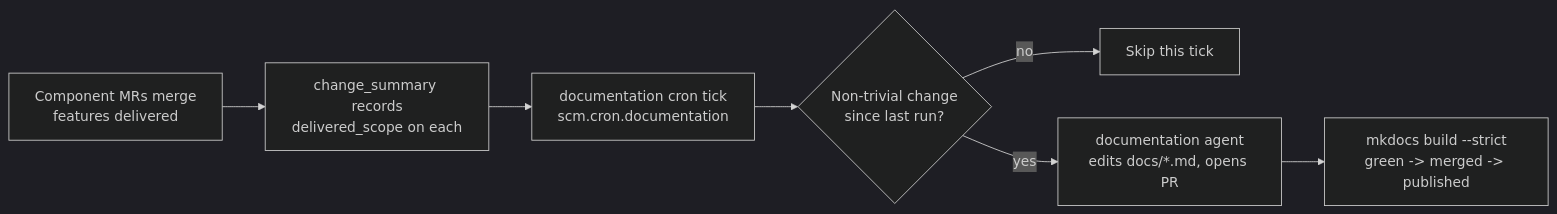
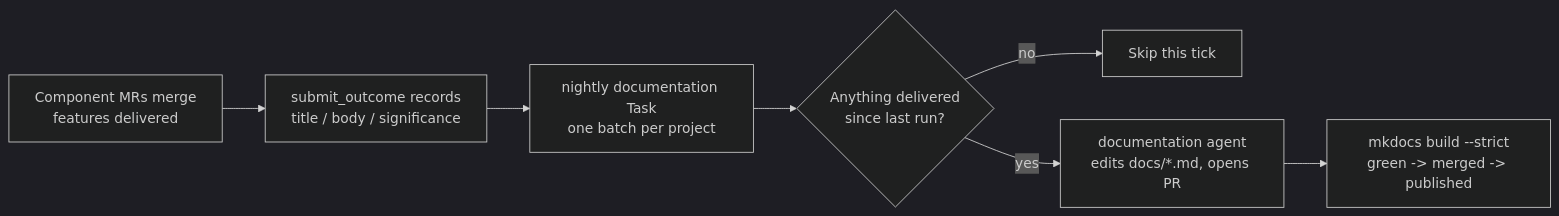
The second of 2 diagrams in docs/concepts/self-improvement.md (szymonrychu/tatara-documentation), drawn with Mermaid (dark theme) before and after one commit. The commit also changed other lines of this file and 63 other files, not shown here.

First line of the commit message:
feat!: document the task-centric architecture (Issue/MergeRequest CRs, stage machine, operator merge) (#19)

````diff
--- a/docs/concepts/self-improvement.md
+++ b/docs/concepts/self-improvement.md
@@ -195,9 +198,9 @@
 ```mermaid
 flowchart LR
-    A[Component MRs merge<br/>features delivered] --> B[change_summary records<br/>delivered_scope on each]
-    B --> C[documentation cron tick<br/>scm.cron.documentation]
-    C --> D{Non-trivial change<br/>since last run?}
+    A[Component MRs merge<br/>features delivered] --> B[submit_outcome records<br/>title / body / significance]
+    B --> C[nightly documentation Task<br/>one batch per project]
+    C --> D{Anything delivered<br/>since last run?}
     D -->|no| E[Skip this tick]
     D -->|yes| F[documentation agent<br/>edits docs/*.md, opens PR]
     F --> G[mkdocs build --strict<br/>green -> merged -> published]
 ```
````
